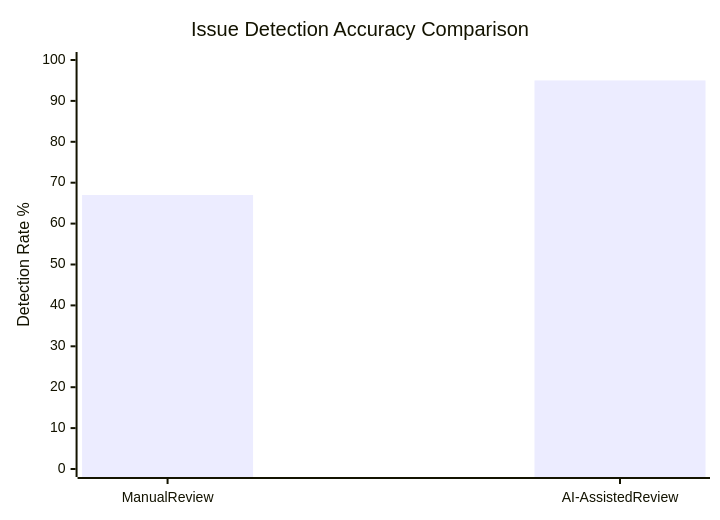
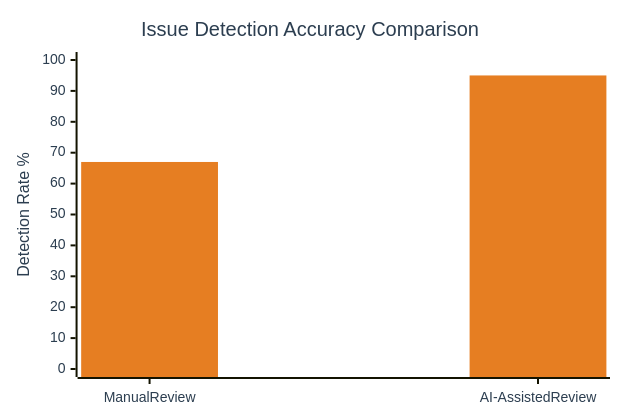
Before and after one commit to PriscillaOng12/AI-Code-Review-Squad: the fifth of 20 diagrams in README.md, drawn with Mermaid. The commit also changed other lines of this file, not shown here.

````diff
--- a/README.md
+++ b/README.md
@@ -142,7 +165,8 @@
 ```mermaid
+%%{init: {'xyChart': {'width': 600, 'height': 400}, 'themeVariables': {'xyChart': {'backgroundColor': '#ffffff', 'titleColor': '#2c3e50', 'xAxisTitleColor': '#2c3e50', 'yAxisTitleColor': '#2c3e50', 'xAxisLabelColor': '#2c3e50', 'yAxisLabelColor': '#2c3e50', 'plotColorPalette': '#e67e22, #27ae60'}}}}%%
 xychart-beta
     title "Issue Detection Accuracy Comparison"
     x-axis [Manual Review, AI-Assisted Review]
     y-axis "Detection Rate %" 0 --> 100
     bar [67, 95]
 ```
````
